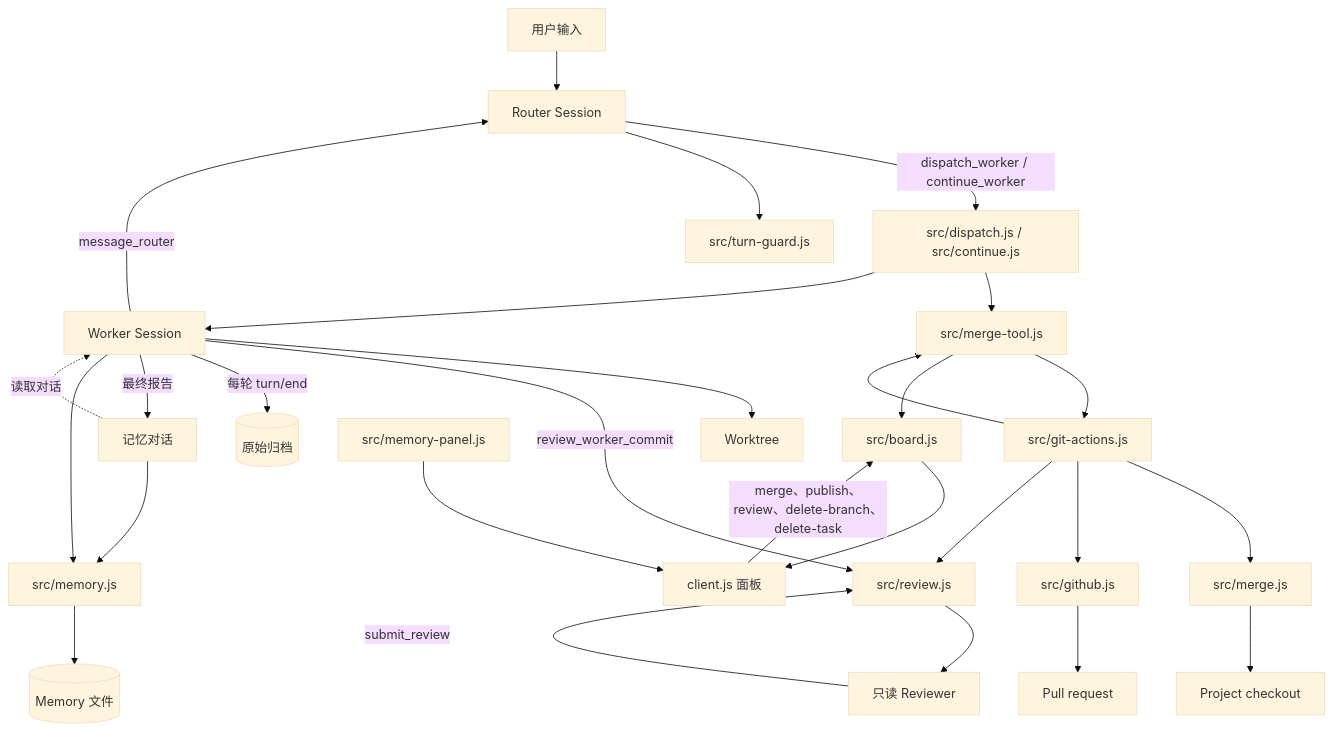
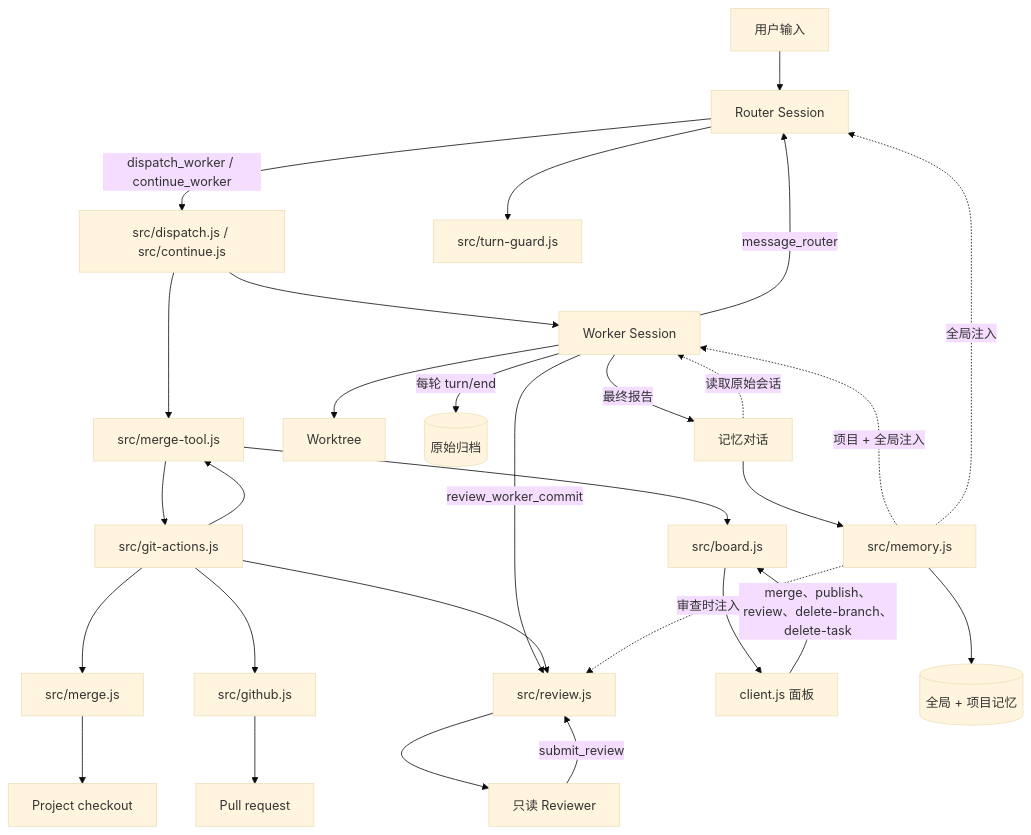
One commit to LMQ00/superagent-lite changed the diagram in docs/007-architecture.md. Above: the diagram before and after it, drawn with Mermaid (base theme). The commit also changed other lines of this file and 29 other files, not shown here.

Commit message:
refactor: 按参考图重写记忆模块为全局与项目两层

````diff
--- a/docs/007-architecture.md
+++ b/docs/007-architecture.md
@@ -9,30 +9,31 @@
 ```mermaid
 flowchart TB
   U[用户输入] --> R[Router Session]
   R -->|dispatch_worker / continue_worker| D[src/dispatch.js / src/continue.js]
   D --> T[(Task 记录)]
   D --> W[Worker Session]
   W --> WT[Worktree]
   W -->|review_worker_commit| RV[src/review.js]
   RV --> HR[只读 Reviewer]
   HR -->|submit_review| RV
   W -->|message_router| R
   T --> G[src/git-actions.js]
   G --> M[src/merge.js]
   G --> T[src/merge-tool.js]
   G --> GH[src/github.js]
   G --> RV
   M --> P[Project checkout]
   GH --> PR[Pull request]
   T --> B[src/board.js]
   B --> C[client.js 面板]
   C -->|merge、publish、review、delete-branch、delete-task| B
-  MP[src/memory-panel.js] --> C
   R --> TG[src/turn-guard.js]
   W -->|每轮 turn/end| RA[(原始归档)]
   W -->|最终报告| ME[记忆对话]
-  ME -.->|读取对话| W
+  ME -.->|读取原始会话| W
   ME --> MS[src/memory.js]
-  W --> MS
-  MS --> MF[(Memory 文件)]
+  MS --> MF[(全局 + 项目记忆)]
+  MS -.->|项目 + 全局注入| W
+  MS -.->|审查时注入| RV
+  MS -.->|全局注入| R
 ```
````
